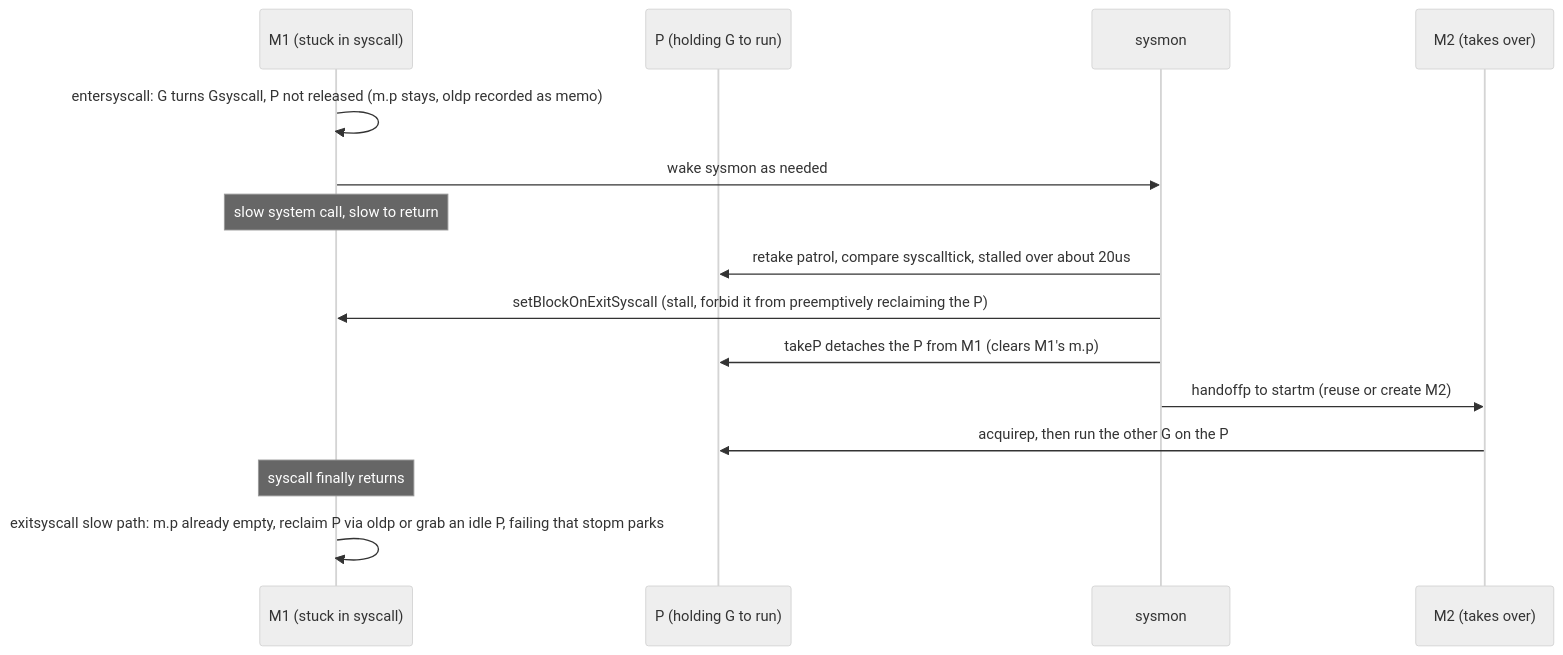
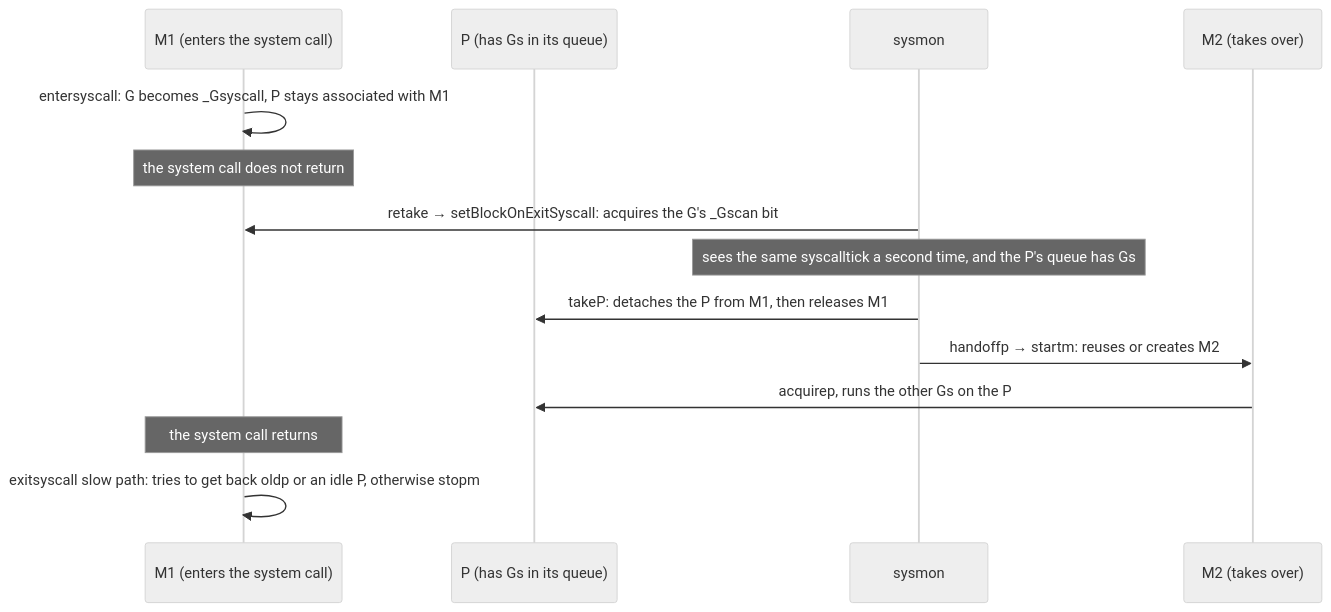
Before and after one commit to golang-design/under-the-hood: the second of 2 diagrams in book/en-us/part3concurrency/ch09sched/thread.md, drawn with Mermaid (neutral theme). The commit also changed other lines of this file and 30 other files, not shown here.

````diff
--- a/book/en-us/part3concurrency/ch09sched/thread.md
+++ b/book/en-us/part3concurrency/ch09sched/thread.md
@@ -163,17 +300,16 @@
 ```mermaid
 sequenceDiagram
-    participant M1 as M1 (stuck in syscall)
-    participant P as P (holding G to run)
+    participant M1 as M1 (enters the system call)
+    participant P as P (has Gs in its queue)
     participant SM as sysmon
     participant M2 as M2 (takes over)
-    M1->>M1: entersyscall: G turns Gsyscall, P not released (m.p stays, oldp recorded as memo)
-    M1->>SM: wake sysmon as needed
-    Note over M1: slow system call, slow to return
-    SM->>P: retake patrol, compare syscalltick, stalled over about 20us
-    SM->>M1: setBlockOnExitSyscall (stall, forbid it from preemptively reclaiming the P)
-    SM->>P: takeP detaches the P from M1 (clears M1's m.p)
-    SM->>M2: handoffp to startm (reuse or create M2)
-    M2->>P: acquirep, then run the other G on the P
-    Note over M1: syscall finally returns
-    M1->>M1: exitsyscall slow path: m.p already empty, reclaim P via oldp or grab an idle P, failing that stopm parks
+    M1->>M1: entersyscall: G becomes _Gsyscall, P stays associated with M1
+    Note over M1: the system call does not return
+    SM->>M1: retake → setBlockOnExitSyscall: acquires the G's _Gscan bit
+    Note over SM: sees the same syscalltick a second time, and the P's queue has Gs
+    SM->>P: takeP: detaches the P from M1, then releases M1
+    SM->>M2: handoffp → startm: reuses or creates M2
+    M2->>P: acquirep, runs the other Gs on the P
+    Note over M1: the system call returns
+    M1->>M1: exitsyscall slow path: tries to get back oldp or an idle P, otherwise stopm
 ```
````
